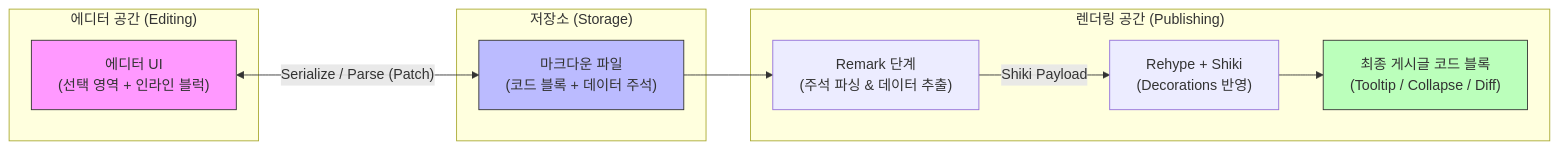
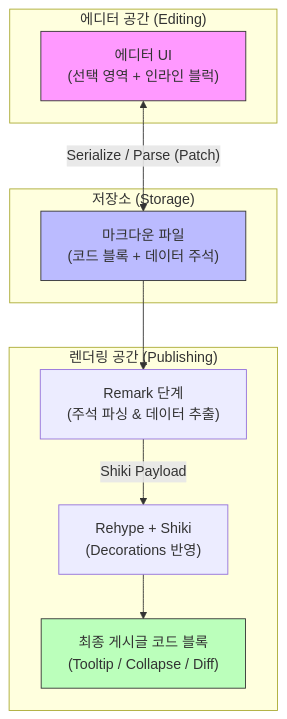
Before and after one commit to bh2980/bh2980_blog: the third of 3 diagrams in src/contents/posts/코드-블럭에-툴팁을-띄우고-싶었을-뿐인데.mdx, drawn with Mermaid.

Commit message:
Update src/contents/posts/코드-블럭에-툴팁을-띄우고-싶었을-뿐인데

````diff
--- a/src/contents/posts/코드-블럭에-툴팁을-띄우고-싶었을-뿐인데.mdx
+++ b/src/contents/posts/코드-블럭에-툴팁을-띄우고-싶었을-뿐인데.mdx
@@ -248,28 +248,28 @@
 ```mermaid
-flowchart LR
+flowchart TD
     subgraph Editor_Space ["에디터 공간 (Editing)"]
         A["에디터 UI<br/>(선택 영역 + 인라인 블럭)"]
     end
 
     subgraph Storage_Space ["저장소 (Storage)"]
         B["마크다운 파일<br/>(코드 블록 + 데이터 주석)"]
     end
 
     subgraph Rendering_Space ["렌더링 공간 (Publishing)"]
         C["Remark 단계<br/>(주석 파싱 & 데이터 추출)"]
         D["Rehype + Shiki<br/>(Decorations 반영)"]
         E["최종 게시글 코드 블록<br/>(Tooltip / Collapse / Diff)"]
     end
 
     %% 에디터 ↔ 파일 왕복 (Round-trip)
     A <-->|"Serialize / Parse (Patch)"| B
 
     %% 파일 → 게시글 렌더링 (One-way)
     B --> C
     C -->|"Shiki Payload"| D
     D --> E
 
     style A fill:#f9f,stroke:#333
     style B fill:#bbf,stroke:#333
     style E fill:#bfb,stroke:#333
 ```
````
